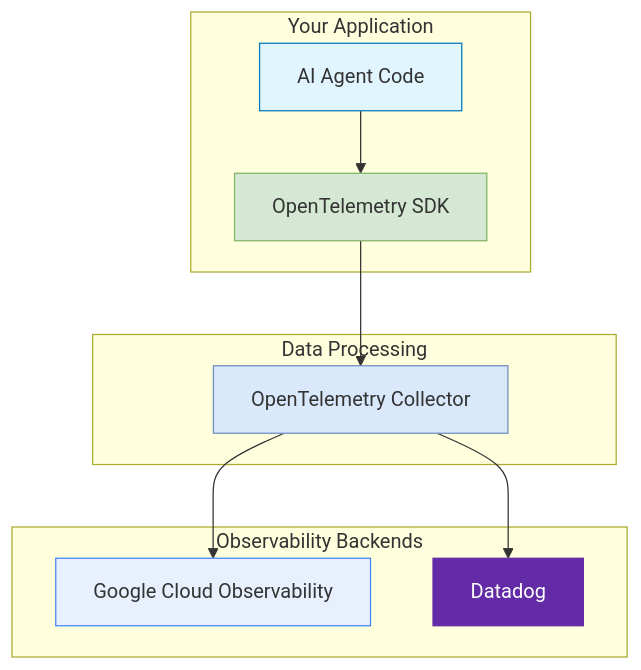
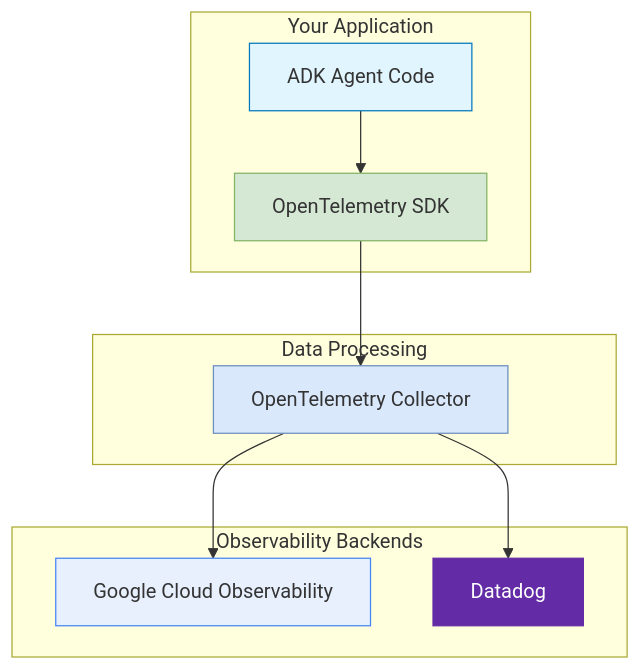
Before and after one commit to raphaelmansuy/tutorials: the fourth of 4 diagrams in 31_observability_llm_adk_vertex.md, drawn with Mermaid. The commit also changed other lines of this file, not shown here.

Commit message:
Update observability tutorial to enhance clarity and accuracy. Add collapsible section for prerequisites, clarify model deprecation timelines, and update references to ADK. Adjust examples and diagrams to reflect changes in terminology and improve overall content structure.

````diff
--- a/31_observability_llm_adk_vertex.md
+++ b/31_observability_llm_adk_vertex.md
@@ -880,27 +883,27 @@
 ```mermaid
 flowchart TB
     subgraph "Your Application"
-        AGENT[AI Agent Code]
+        ADK[ADK Agent Code]
         OTEL_SDK[OpenTelemetry SDK]
     end
 
     subgraph "Data Processing"
         OTEL_COLLECTOR[OpenTelemetry Collector]
     end
 
     subgraph "Observability Backends"
         GCP[Google Cloud Observability]
         DATADOG[Datadog]
     end
 
-    AGENT --> OTEL_SDK
+    ADK --> OTEL_SDK
     OTEL_SDK --> OTEL_COLLECTOR
     OTEL_COLLECTOR --> GCP
     OTEL_COLLECTOR --> DATADOG
 
-    style AGENT fill:#e1f5fe,stroke:#0277bd
+    style ADK fill:#e1f5fe,stroke:#0277bd
     style OTEL_SDK fill:#d5e8d4,stroke:#82b366
     style OTEL_COLLECTOR fill:#dae8fc,stroke:#6c8ebf
     style GCP fill:#e8f0fe,stroke:#4285f4
     style DATADOG fill:#632ca6,stroke:#632ca6,color:#fff
 ```
````
